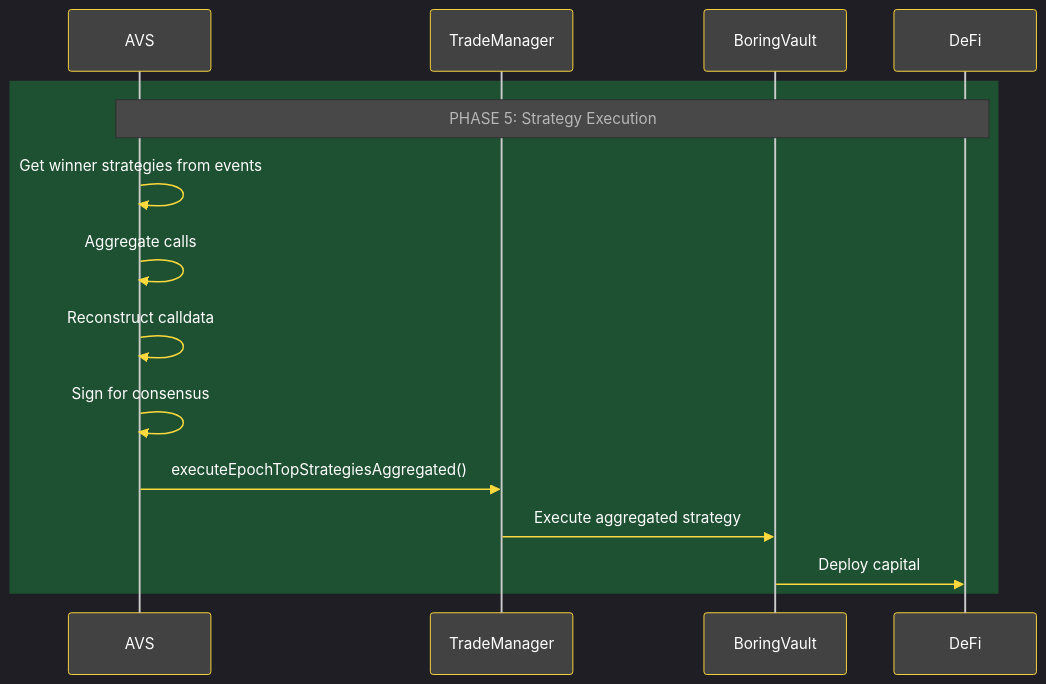
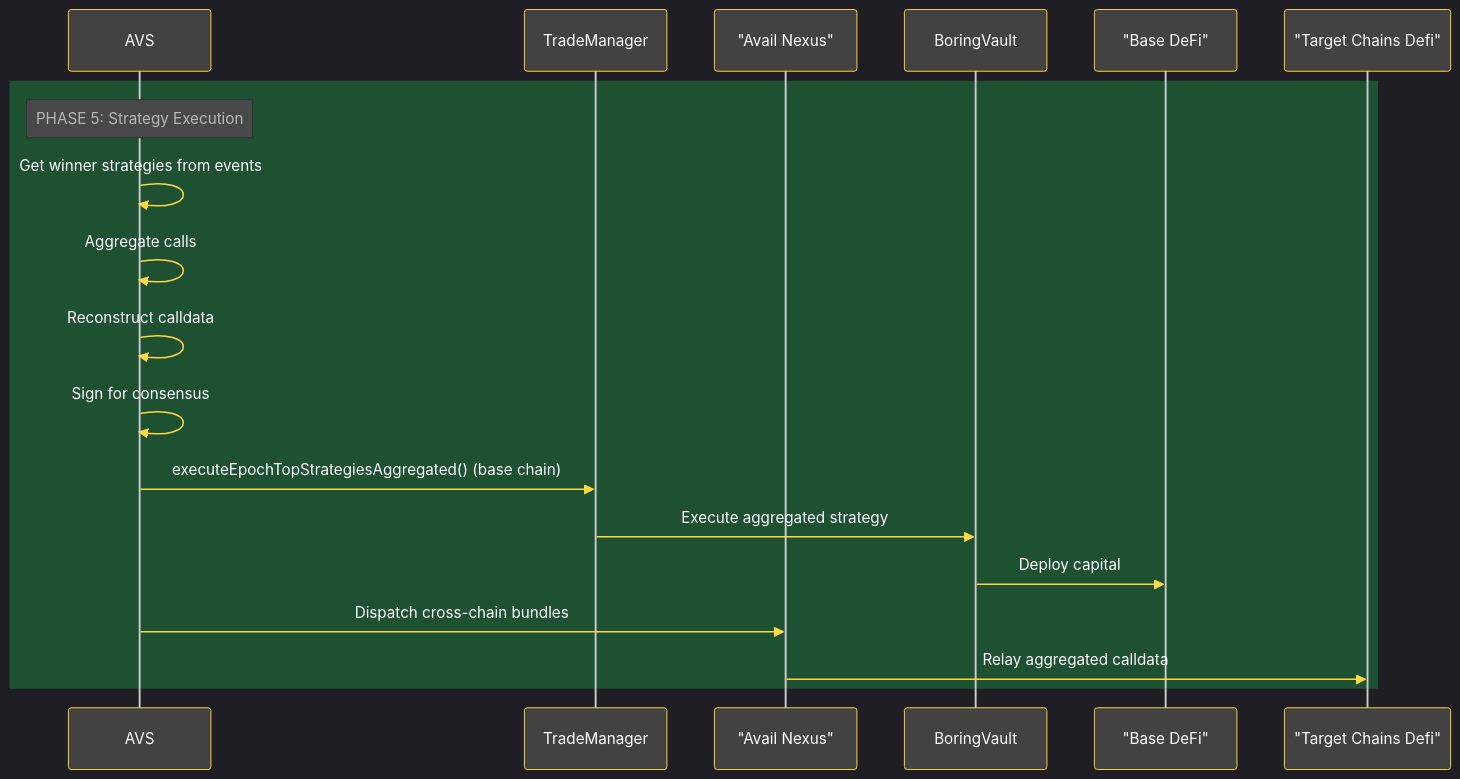
The fifth of 5 diagrams in README.md (Nilay27/CifherTradeArena), drawn with Mermaid before and after one commit. The commit also changed other lines of this file and 3 other files, not shown here.

Commit message:
Modify readme to include nexus in sequence diagram

````diff
--- a/README.md
+++ b/README.md
@@ -159,19 +168,23 @@
 ```mermaid
 %%{init: {'theme':'dark', 'themeVariables': { 'primaryColor':'#ffd93d', 'primaryTextColor':'#000', 'primaryBorderColor':'#f4c430', 'lineColor':'#ffd93d', 'secondaryColor':'#6bcf7f', 'tertiaryColor':'#3700b3', 'background':'#121212', 'mainBkg':'#1f1f1f', 'secondBkg':'#2d2d2d', 'labelBackground':'#2d2d2d', 'actorBkg':'#424242', 'actorBorder':'#ffd93d', 'actorTextColor':'#fff', 'signalColor':'#ffd93d', 'signalTextColor':'#fff'}}}%%
 sequenceDiagram
     participant AVS
     participant TradeManager
+    participant "Avail Nexus"
     participant BoringVault
-    participant DeFi
+    participant "Base DeFi"
+    participant "Target Chains Defi"
 
     rect rgb(30, 80, 50)
-        Note over AVS,DeFi: PHASE 5: Strategy Execution
+        Note over AVS: PHASE 5: Strategy Execution
         AVS->>AVS: Get winner strategies from events
         AVS->>AVS: Aggregate calls
         AVS->>AVS: Reconstruct calldata
         AVS->>AVS: Sign for consensus
-        AVS->>TradeManager: executeEpochTopStrategiesAggregated()
+        AVS->>TradeManager: executeEpochTopStrategiesAggregated() (base chain)
         TradeManager->>BoringVault: Execute aggregated strategy
-        BoringVault->>DeFi: Deploy capital
+        BoringVault->>"Base DeFi": Deploy capital
+        AVS->>"Avail Nexus": Dispatch cross-chain bundles
+        "Avail Nexus"->>"Target Chains Defi": Relay aggregated calldata
     end
 ```
````
